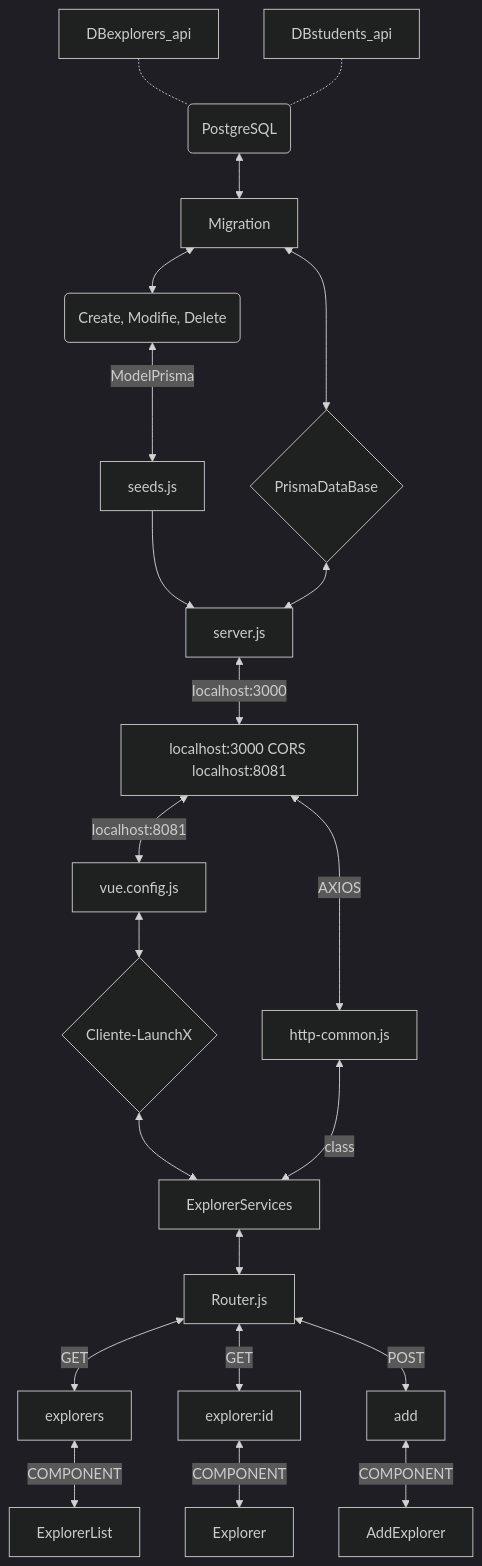
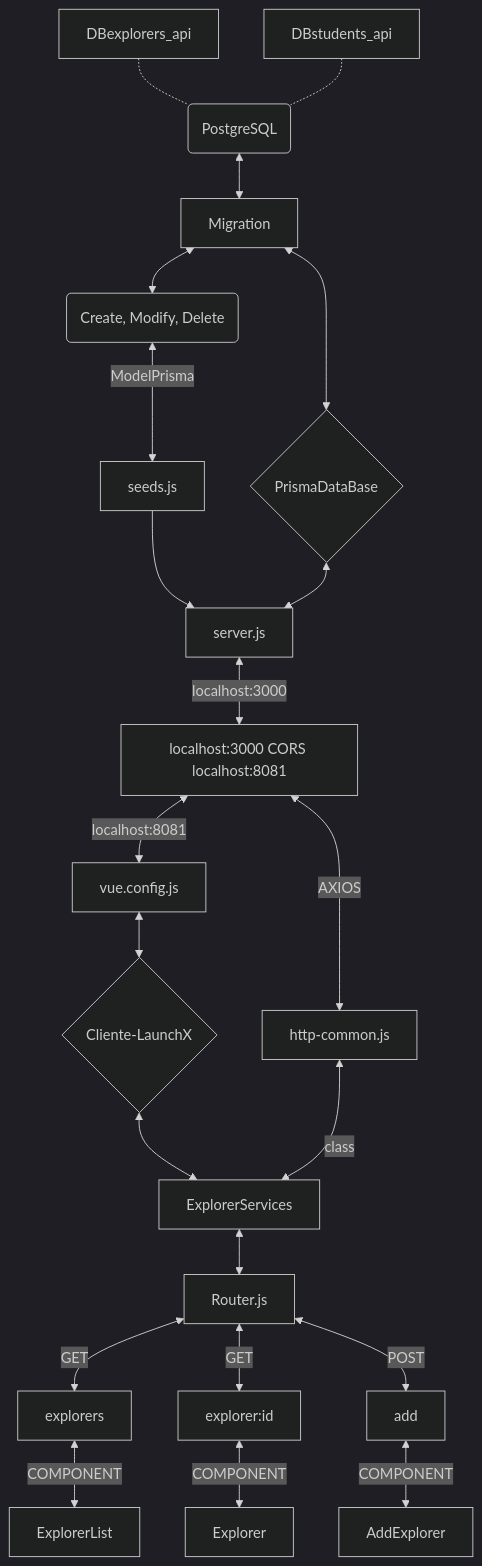
The diagram in README.md (HectorGbravo/client-launchx), drawn with Mermaid (dark theme) before and after one commit.

````diff
--- a/README.md
+++ b/README.md
@@ -5,17 +5,17 @@
 ```mermaid
 flowchart TD;
     BAB[vue.config.js]<-->BA{Cliente-LaunchX}
     BA{Cliente-LaunchX}<-->ExplorerServices;
     http-common.js--class<-->ExplorerServices<-->Router.js
     Router.js<--GET-->E[explorers]<--COMPONENT-->ExplorerList;
     Router.js<--GET-->F[explorer:id]<--COMPONENT-->Explorer;
     Router.js<--POST-->D[add]<--COMPONENT-->AddExplorer;
     YA[localhost:3000 CORS localhost:8081]<--AXIOS-->http-common.js;
     YA[localhost:3000 CORS localhost:8081]<--localhost:8081-->BAB[vue.config.js]
   
     A[DBexplorers_api]<-.-B(PostgreSQL);
-    Migration<-->DDD(Create, Modifie, Delete);
-    DDD(Create, Modifie, Delete)<--ModelPrisma-->YB[seeds.js]
+    Migration<-->DDD(Create, Modify, Delete);
+    DDD(Create, Modify, Delete)<--ModelPrisma-->YB[seeds.js]
     YB[seeds.js]-->CCC[server.js];
     AA[DBstudents_api]<-.-B(PostgreSQL)<-->Migration<-->CC{PrismaDataBase}<-->CCC[server.js]<--localhost:3000-->YA[localhost:3000 CORS localhost:8081];
 ```
````
